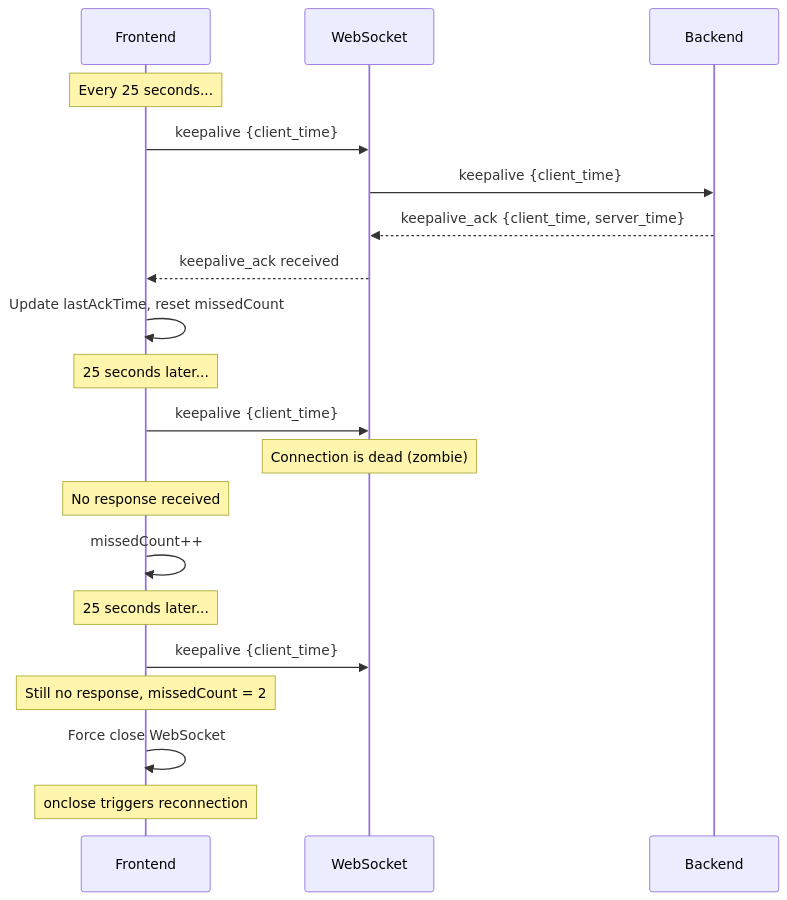
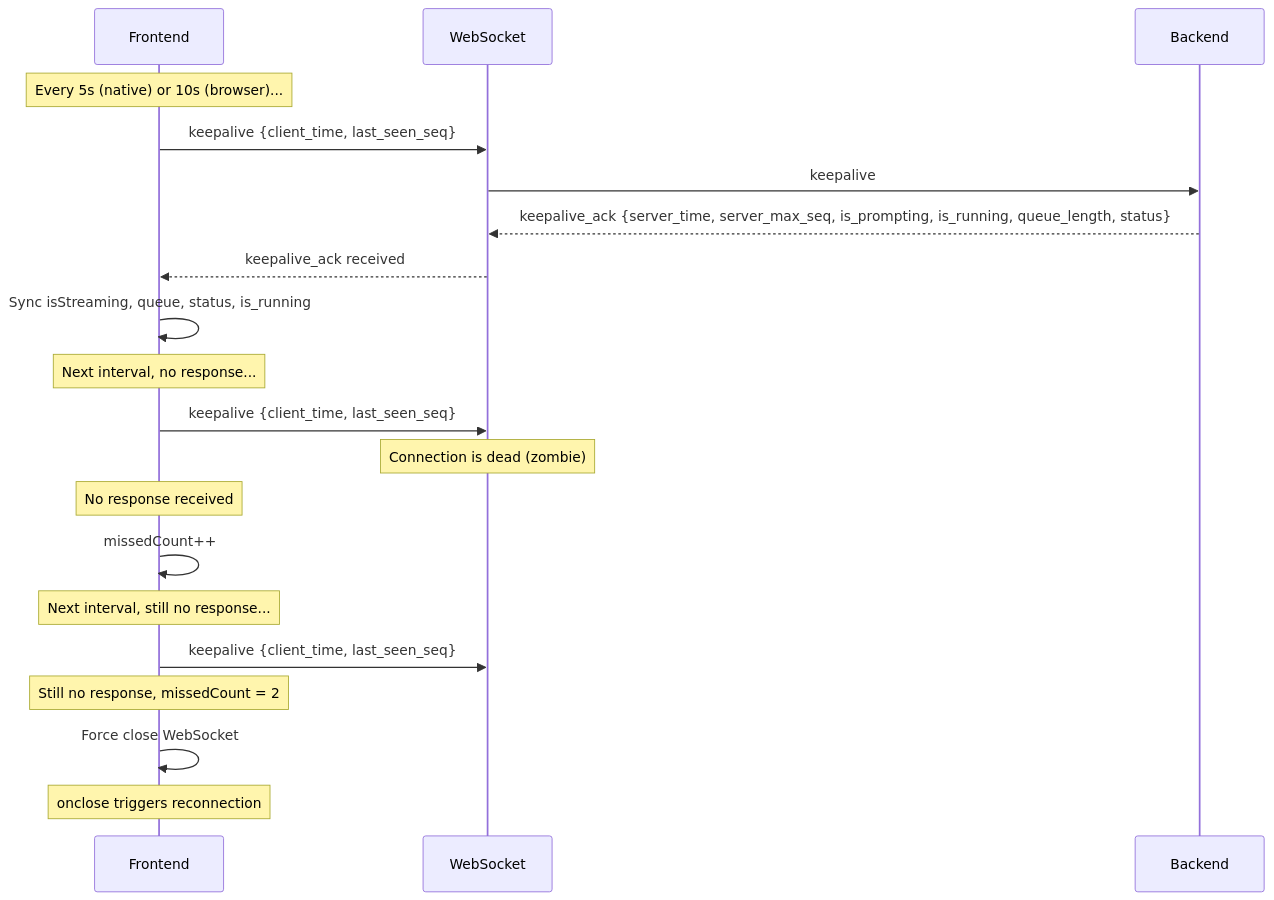
Diagram 26 of 27 in docs/devel/websocket-messaging.md (inercia/mitto), drawn with Mermaid before and after one commit. The commit also changed other lines of this file and 17 other files, not shown here.

````diff
--- a/docs/devel/websocket-messaging.md
+++ b/docs/devel/websocket-messaging.md
@@ -1189,25 +1508,25 @@
 ```mermaid
 sequenceDiagram
     participant Frontend
     participant WS as WebSocket
     participant Server as Backend
 
-    Note over Frontend: Every 25 seconds...
-    Frontend->>WS: keepalive {client_time}
-    WS->>Server: keepalive {client_time}
-    Server-->>WS: keepalive_ack {client_time, server_time}
+    Note over Frontend: Every 5s (native) or 10s (browser)...
+    Frontend->>WS: keepalive {client_time, last_seen_seq}
+    WS->>Server: keepalive
+    Server-->>WS: keepalive_ack {server_time, server_max_seq, is_prompting, is_running, queue_length, status}
     WS-->>Frontend: keepalive_ack received
-    Frontend->>Frontend: Update lastAckTime, reset missedCount
+    Frontend->>Frontend: Sync isStreaming, queue, status, is_running
 
-    Note over Frontend: 25 seconds later...
-    Frontend->>WS: keepalive {client_time}
+    Note over Frontend: Next interval, no response...
+    Frontend->>WS: keepalive {client_time, last_seen_seq}
     Note over WS: Connection is dead (zombie)
     Note over Frontend: No response received
     Frontend->>Frontend: missedCount++
 
-    Note over Frontend: 25 seconds later...
-    Frontend->>WS: keepalive {client_time}
+    Note over Frontend: Next interval, still no response...
+    Frontend->>WS: keepalive {client_time, last_seen_seq}
     Note over Frontend: Still no response, missedCount = 2
     Frontend->>Frontend: Force close WebSocket
     Note over Frontend: onclose triggers reconnection
 ```
````
